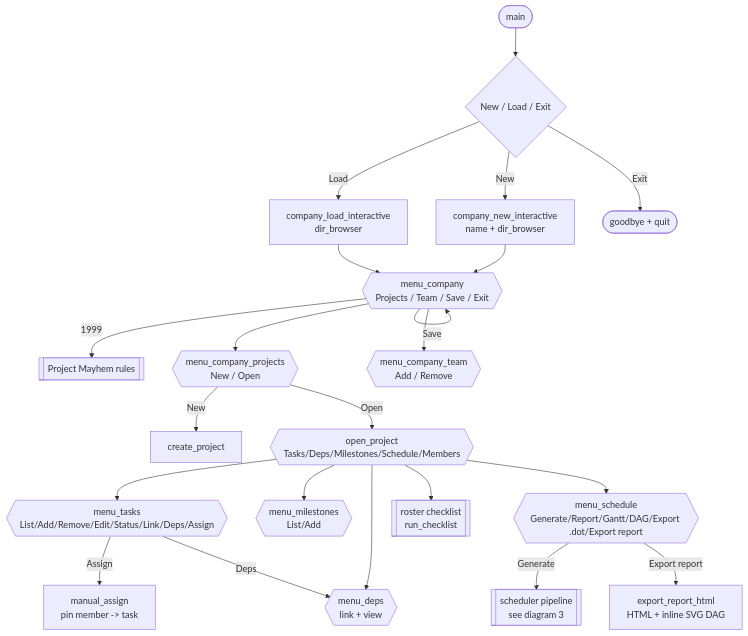
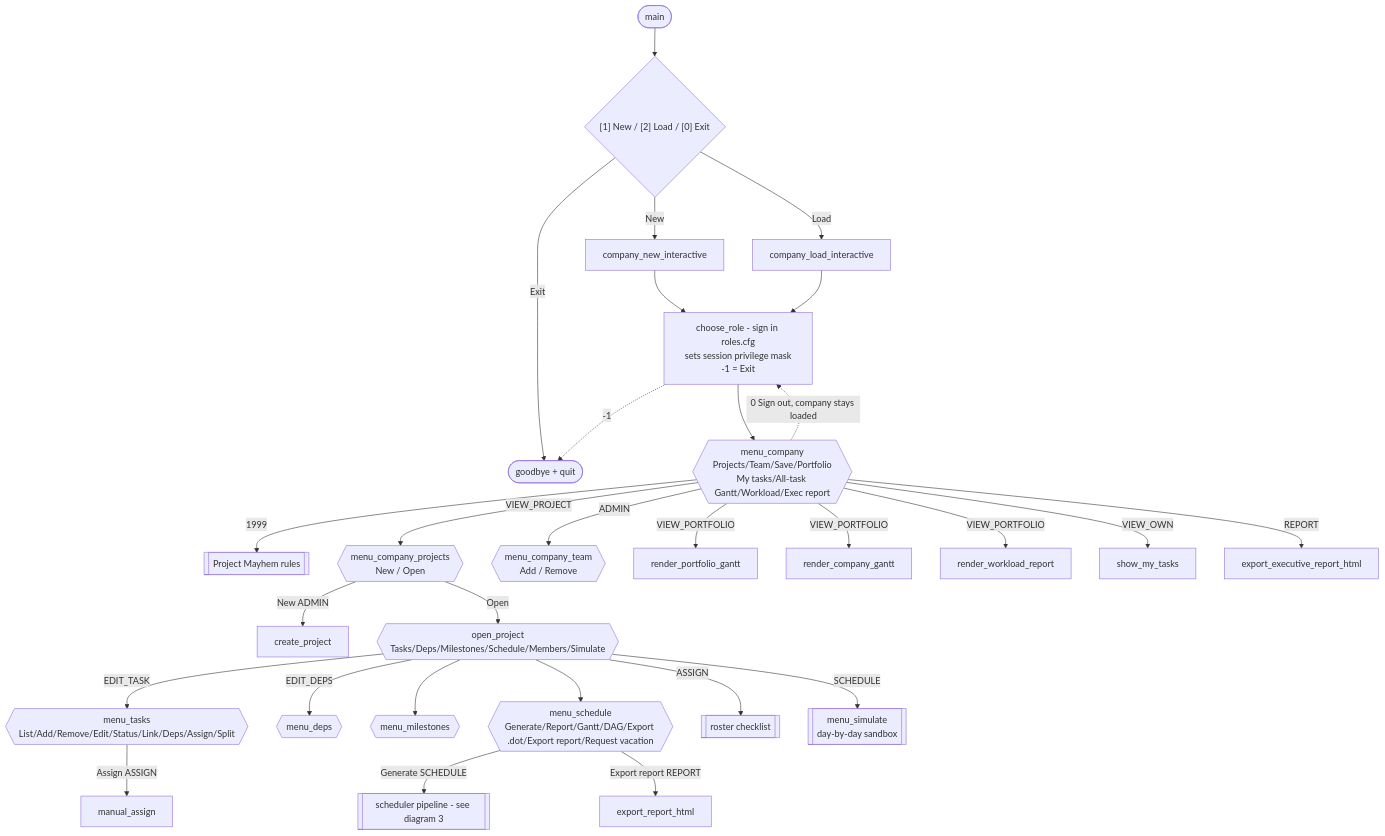
Before and after one commit to shabelson-picker/c-final-project: the second of 3 diagrams in diagrams.md, drawn with Mermaid. The commit also changed other lines of this file and 3 other files, not shown here.

First line of the commit message:
docs: refresh diagrams to current architecture + add overview/architecture/to-100 summaries

````diff
--- a/diagrams.md
+++ b/diagrams.md
@@ -123,32 +122,41 @@
 ```mermaid
 flowchart TD
-    START([main]) --> M0{New / Load / Exit}
-    M0 -->|New| NEW[company_new_interactive\nname + dir_browser]
-    M0 -->|Load| LOAD[company_load_interactive\ndir_browser]
+    START([main]) --> M0{"[1] New / [2] Load / [0] Exit"}
+    M0 -->|New| NEW[company_new_interactive]
+    M0 -->|Load| LOAD[company_load_interactive]
     M0 -->|Exit| BYE([goodbye + quit])
-    NEW --> CO
-    LOAD --> CO
+    NEW --> ROLE
+    LOAD --> ROLE
 
-    CO{{menu_company\nProjects / Team / Save / Exit}}
-    CO -->|Save| CO
+    ROLE[choose_role - sign in roles.cfg<br/>sets session privilege mask<br/>-1 = Exit]
+    ROLE --> CO
+    ROLE -.->|-1| BYE
+
+    CO{{"menu_company<br/>Projects/Team/Save/Portfolio<br/>My tasks/All-task Gantt/Workload/Exec report"}}
+    CO -.->|0 Sign out, company stays loaded| ROLE
     CO -->|1999| EGG[[Project Mayhem rules]]
-    CO --> PROJ{{menu_company_projects\nNew / Open}}
-    CO --> TEAM{{menu_company_team\nAdd / Remove}}
 
-    PROJ -->|New| CREATE[create_project]
+    CO -->|VIEW_PROJECT| PROJ{{menu_company_projects<br/>New / Open}}
+    CO -->|ADMIN| TEAM{{menu_company_team<br/>Add / Remove}}
+    CO -->|VIEW_PORTFOLIO| PV[render_portfolio_gantt]
+    CO -->|VIEW_PORTFOLIO| CG[render_company_gantt]
+    CO -->|VIEW_PORTFOLIO| WL[render_workload_report]
+    CO -->|VIEW_OWN| MT[show_my_tasks]
+    CO -->|REPORT| EX[export_executive_report_html]
+
+    PROJ -->|New ADMIN| CREATE[create_project]
     PROJ -->|Open| OPEN
 
-    OPEN{{open_project\nTasks/Deps/Milestones/Schedule/Members}}
-    OPEN --> TASKS{{menu_tasks\nList/Add/Remove/Edit/Status/Link/Deps/Assign}}
-    OPEN --> DEPS{{menu_deps\nlink + view}}
-    OPEN --> MILE{{menu_milestones\nList/Add}}
+    OPEN{{open_project<br/>Tasks/Deps/Milestones/Schedule/Members/Simulate}}
+    OPEN -->|EDIT_TASK| TASKS{{menu_tasks<br/>List/Add/Remove/Edit/Status/Link/Deps/Assign/Split}}
+    OPEN -->|EDIT_DEPS| DEPS{{menu_deps}}
+    OPEN --> MILE{{menu_milestones}}
     OPEN --> SCH
-    OPEN --> ROST[[roster checklist\nrun_checklist]]
+    OPEN -->|ASSIGN| ROST[[roster checklist]]
+    OPEN -->|SCHEDULE| SIM[[menu_simulate<br/>day-by-day sandbox]]
 
-    TASKS -->|Assign| PIN[manual_assign\npin member -> task]
-    TASKS -->|Deps| DEPS
-
-    SCH{{menu_schedule\nGenerate/Report/Gantt/DAG/Export .dot/Export report}}
-    SCH -->|Generate| GEN[[scheduler pipeline\nsee diagram 3]]
-    SCH -->|Export report| RPT[export_report_html\nHTML + inline SVG DAG]
+    TASKS -->|Assign ASSIGN| PIN[manual_assign]
+    SCH{{menu_schedule<br/>Generate/Report/Gantt/DAG/Export .dot/Export report/Request vacation}}
+    SCH -->|Generate SCHEDULE| GEN[[scheduler pipeline - see diagram 3]]
+    SCH -->|Export report REPORT| RPT[export_report_html]
 ```
````
